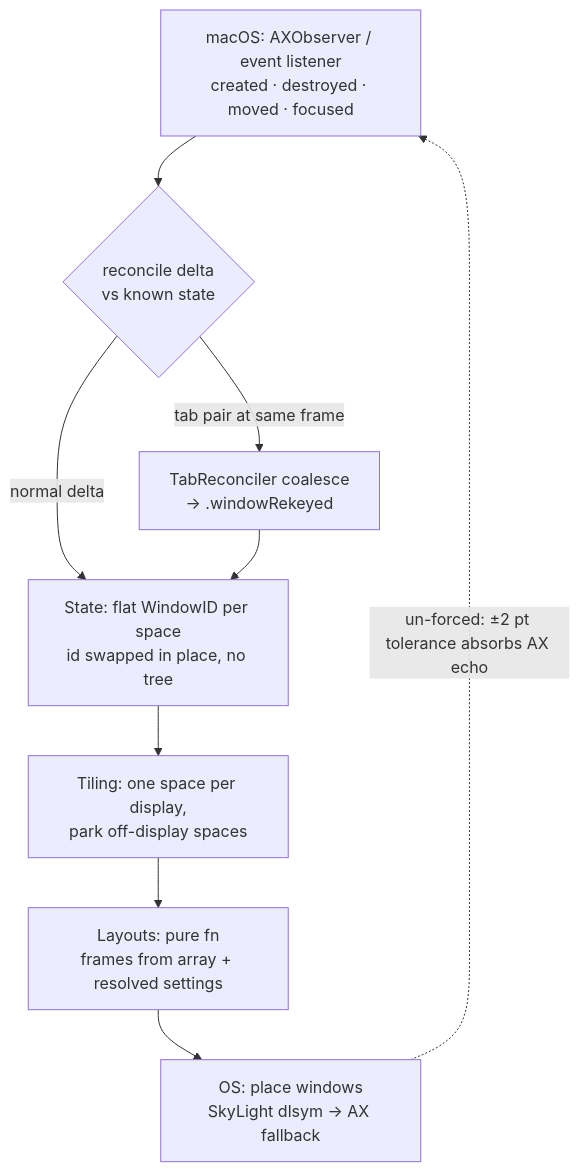
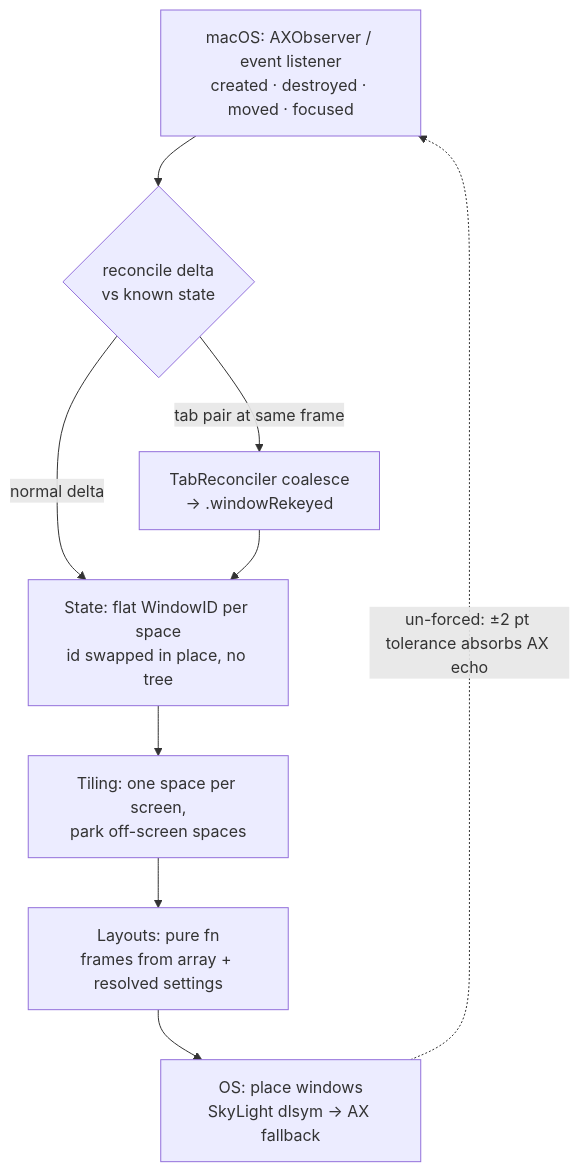
The second of 7 diagrams in docs/architecture.md (KiwiCanopy/KiwiDesk), drawn with Mermaid before and after one commit. The commit also changed other lines of this file and 100 other files, not shown here.

````diff
--- a/docs/architecture.md
+++ b/docs/architecture.md
@@ -37,11 +37,11 @@
 ```mermaid
 flowchart TD
     OS["macOS: AXObserver / event listener<br/>created · destroyed · moved · focused"] --> RC{"reconcile delta<br/>vs known state"}
     RC -->|normal delta| ST
     RC -->|tab pair at same frame| TR["TabReconciler coalesce<br/>→ .windowRekeyed"]
     TR --> ST["State: flat WindowID per space<br/>id swapped in place, no tree"]
-    ST --> TI["Tiling: one space per display,<br/>park off-display spaces"]
+    ST --> TI["Tiling: one space per screen,<br/>park off-screen spaces"]
     TI --> LA["Layouts: pure fn<br/>frames from array + resolved settings"]
     LA --> PL["OS: place windows<br/>SkyLight dlsym → AX fallback"]
     PL -.->|un-forced: ±2 pt tolerance absorbs AX echo| OS
 ```
````
